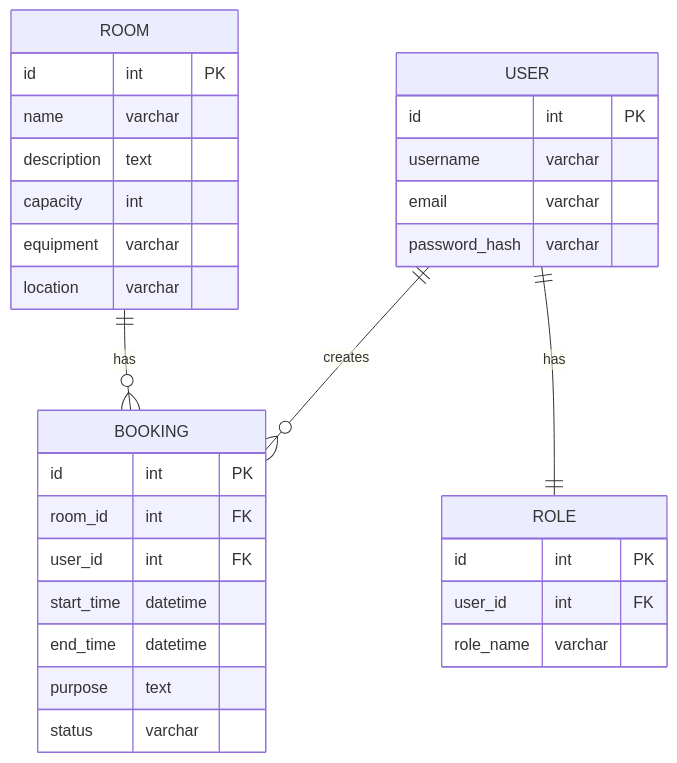
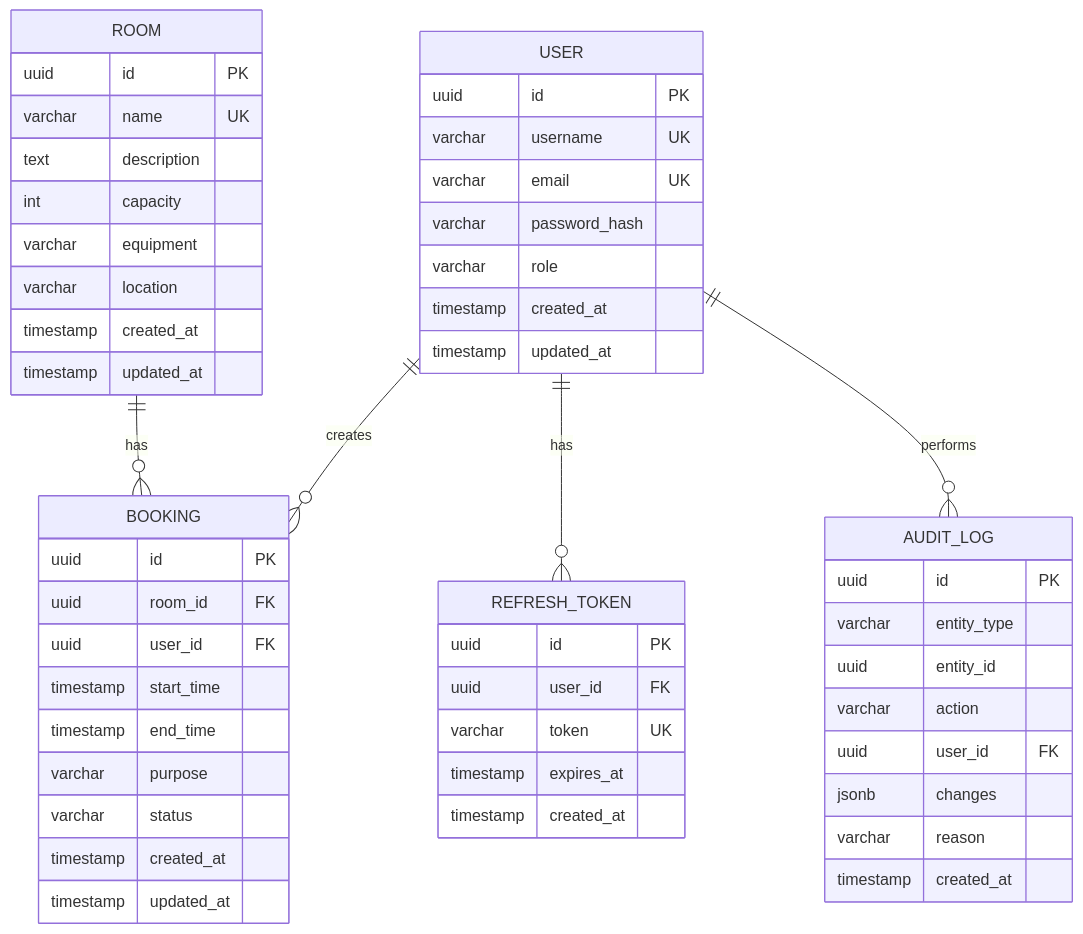
The diagram in Popov/task_01/R1_ERD.md (gleb7499/WT-AC-2025-CourseWork-Guys), drawn with Mermaid before and after one commit. The commit also changed other lines of this file and 61 other files, not shown here.

````diff
--- a/Popov/task_01/R1_ERD.md
+++ b/Popov/task_01/R1_ERD.md
@@ -7,35 +7,55 @@
 ```mermaid
 erDiagram
   USER ||--o{ BOOKING : creates
   ROOM ||--o{ BOOKING : has
-  USER ||--|| ROLE : has
+  USER ||--o{ REFRESH_TOKEN : has
+  USER ||--o{ AUDIT_LOG : performs
 
   USER {
-   id int PK
-   username varchar
-   email varchar
-   password_hash varchar
+   uuid id PK
+   varchar username UK
+   varchar email UK
+   varchar password_hash
+   varchar role
+   timestamp created_at
+   timestamp updated_at
   }
   ROOM {
-   id int PK
-   name varchar
-   description text
-   capacity int
-   equipment varchar
-   location varchar
+   uuid id PK
+   varchar name UK
+   text description
+   int capacity
+   varchar equipment
+   varchar location
+   timestamp created_at
+   timestamp updated_at
   }
   BOOKING {
-   id int PK
-   room_id int FK
-   user_id int FK
-   start_time datetime
-   end_time datetime
-   purpose text
-   status varchar
+   uuid id PK
+   uuid room_id FK
+   uuid user_id FK
+   timestamp start_time
+   timestamp end_time
+   varchar purpose
+   varchar status
+   timestamp created_at
+   timestamp updated_at
   }
-  ROLE {
-   id int PK
-   user_id int FK
-   role_name varchar
+  REFRESH_TOKEN {
+   uuid id PK
+   uuid user_id FK
+   varchar token UK
+   timestamp expires_at
+   timestamp created_at
+  }
+  AUDIT_LOG {
+   uuid id PK
+   varchar entity_type
+   uuid entity_id
+   varchar action
+   uuid user_id FK
+   jsonb changes
+   varchar reason
+   timestamp created_at
   }
 ```
````
